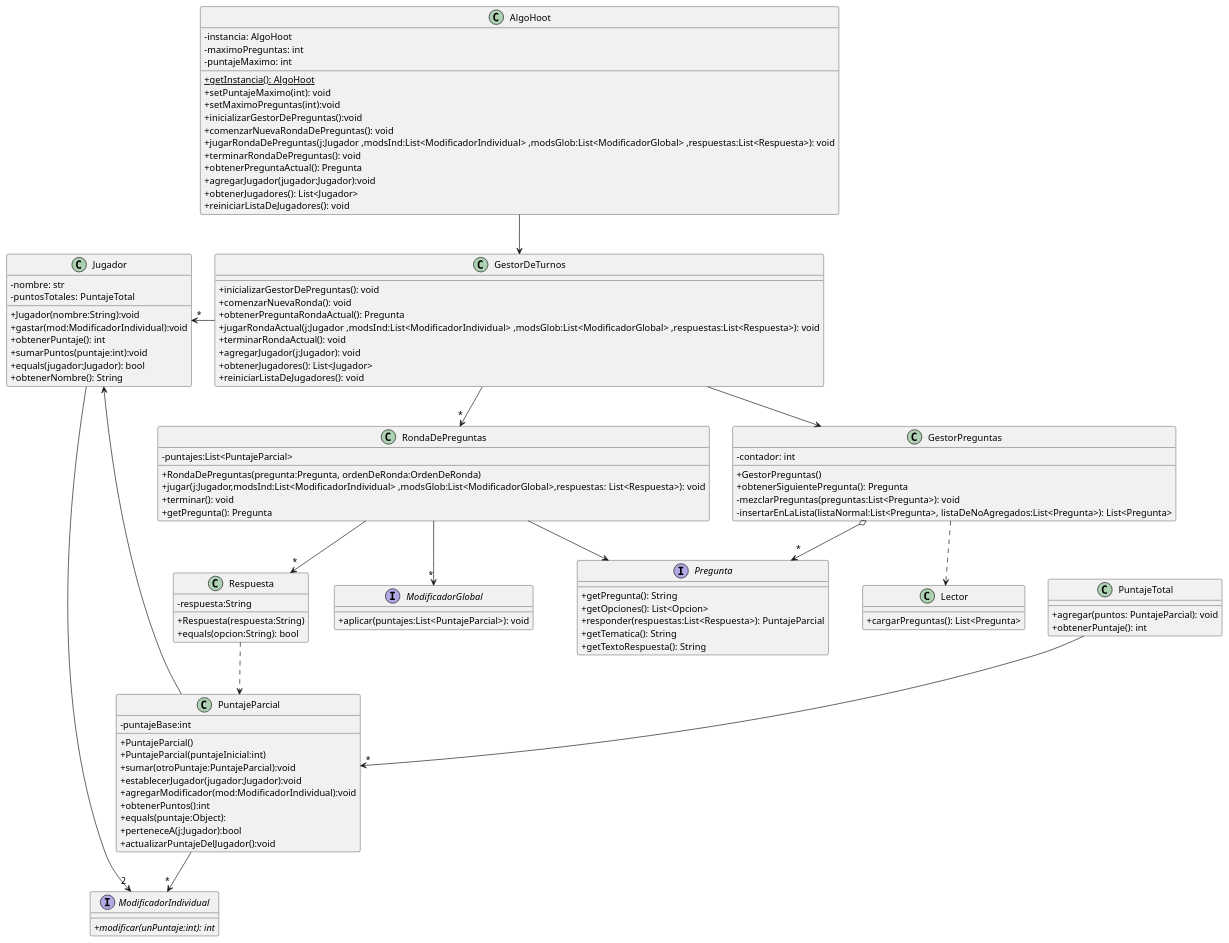
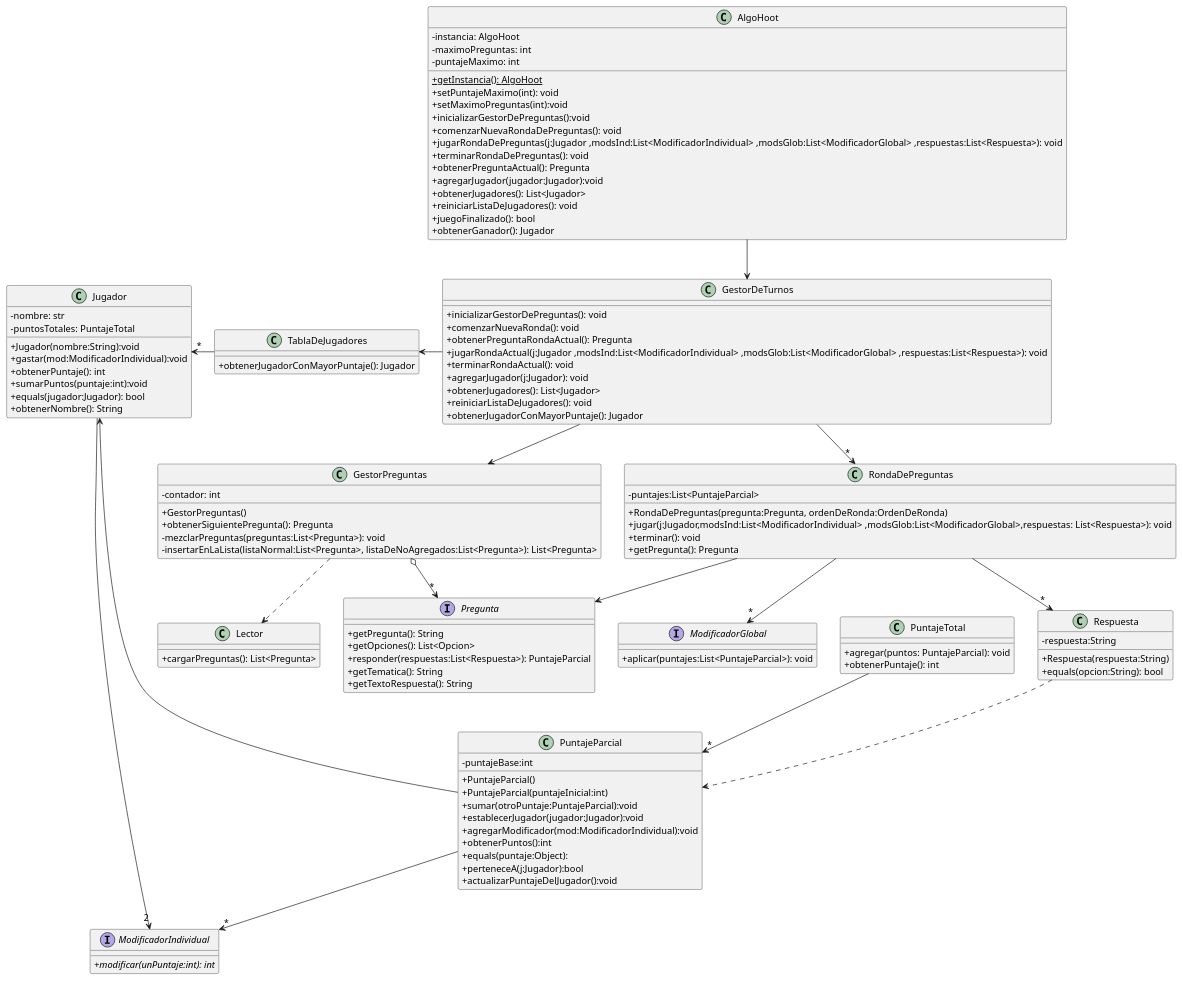
The diagram in diagrams/classes/entrega0/clases2.plantuml (ValentinMarturet/ALGO3-TP2), drawn with PlantUML before and after one commit.

Commit message:
actualizando diagrama de clases UML

```diff
--- a/diagrams/classes/entrega0/clases2.plantuml
+++ b/diagrams/classes/entrega0/clases2.plantuml
@@ -1,127 +1,136 @@
 @startuml clasesGenerales
 
 skinparam monochrome false
 /'skinparam monochrome true'/
 /'hide circle '/
 skinparam classAttributeIconSize 0
 
 interface Pregunta {
     + getPregunta(): String
     + getOpciones(): List<Opcion>
     + responder(respuestas:List<Respuesta>): PuntajeParcial
     + getTematica(): String
     + getTextoRespuesta(): String
 }
 
 class GestorDeTurnos {
     + inicializarGestorDePreguntas(): void
     + comenzarNuevaRonda(): void
     + obtenerPreguntaRondaActual(): Pregunta
     + jugarRondaActual(j:Jugador ,modsInd:List<ModificadorIndividual> ,modsGlob:List<ModificadorGlobal> ,respuestas:List<Respuesta>): void
     + terminarRondaActual(): void
     + agregarJugador(j:Jugador): void
     + obtenerJugadores(): List<Jugador>
     + reiniciarListaDeJugadores(): void
+    + obtenerJugadorConMayorPuntaje(): Jugador
+
 }
 
 class RondaDePreguntas {
     - puntajes:List<PuntajeParcial>
     + RondaDePreguntas(pregunta:Pregunta, ordenDeRonda:OrdenDeRonda)
     + jugar(j:Jugador,modsInd:List<ModificadorIndividual> ,modsGlob:List<ModificadorGlobal>,respuestas: List<Respuesta>): void
     + terminar(): void
     + getPregunta(): Pregunta
 }
 
 class GestorPreguntas {
     - contador: int
     + GestorPreguntas()
     + obtenerSiguientePregunta(): Pregunta
     - mezclarPreguntas(preguntas:List<Pregunta>): void
     - insertarEnLaLista(listaNormal:List<Pregunta>, listaDeNoAgregados:List<Pregunta>): List<Pregunta>
 }
 
 class Jugador {
     - nombre: str
     - puntosTotales: PuntajeTotal
     + Jugador(nombre:String):void
     + gastar(mod:ModificadorIndividual):void
     + obtenerPuntaje(): int
     + sumarPuntos(puntaje:int):void
     + equals(jugador:Jugador): bool
     + obtenerNombre(): String
 }
 
 class Respuesta {
     - respuesta:String
     + Respuesta(respuesta:String)
     + equals(opcion:String): bool
 }
 
 class AlgoHoot {
     - instancia: AlgoHoot
     - maximoPreguntas: int
     - puntajeMaximo: int
     + {static}getInstancia(): AlgoHoot
     + setPuntajeMaximo(int): void
     + setMaximoPreguntas(int):void
     + inicializarGestorDePreguntas():void
     + comenzarNuevaRondaDePreguntas(): void
     + jugarRondaDePreguntas(j:Jugador ,modsInd:List<ModificadorIndividual> ,modsGlob:List<ModificadorGlobal> ,respuestas:List<Respuesta>): void
     + terminarRondaDePreguntas(): void
     + obtenerPreguntaActual(): Pregunta
     + agregarJugador(jugador:Jugador):void
     + obtenerJugadores(): List<Jugador>
     + reiniciarListaDeJugadores(): void
+    + juegoFinalizado(): bool
+    + obtenerGanador(): Jugador
 }
 
 class Lector{
     +cargarPreguntas(): List<Pregunta>
 }
 
 interface ModificadorIndividual{
     + {abstract} modificar(unPuntaje:int): int
 }
 
 interface ModificadorGlobal{
     +aplicar(puntajes:List<PuntajeParcial>): void
 }
 
 class PuntajeParcial{
     -puntajeBase:int
     +PuntajeParcial()
     +PuntajeParcial(puntajeInicial:int)
     +sumar(otroPuntaje:PuntajeParcial):void
     +establecerJugador(jugador:Jugador):void
     +agregarModificador(mod:ModificadorIndividual):void
     +obtenerPuntos():int
     +equals(puntaje:Object):
     +perteneceA(j:Jugador):bool
     +actualizarPuntajeDelJugador():void
 }
 
 class PuntajeTotal {
     + agregar(puntos: PuntajeParcial): void
     + obtenerPuntaje(): int
 
 }
 
+class TablaDeJugadores {
+    + obtenerJugadorConMayorPuntaje(): Jugador
+}
+
 
 GestorDeTurnos -down-> GestorPreguntas
 GestorDeTurnos -down-> "*" RondaDePreguntas
 GestorPreguntas o-->"*" Pregunta
 GestorPreguntas ..> Lector
 RondaDePreguntas --> Pregunta
 RondaDePreguntas --> "*" Respuesta
 AlgoHoot --> GestorDeTurnos
-GestorDeTurnos -left->"*" Jugador
-PuntajeParcial --> Jugador
+TablaDeJugadores -left->"*" Jugador
+PuntajeParcial -left-> Jugador
 Respuesta ..> PuntajeParcial
+GestorDeTurnos -left-> TablaDeJugadores
 
 PuntajeTotal --> "*" PuntajeParcial
 PuntajeParcial --> "*" ModificadorIndividual
 
 Jugador --> "2" ModificadorIndividual
 RondaDePreguntas -->"*" ModificadorGlobal
 
 
 @enduml
```
